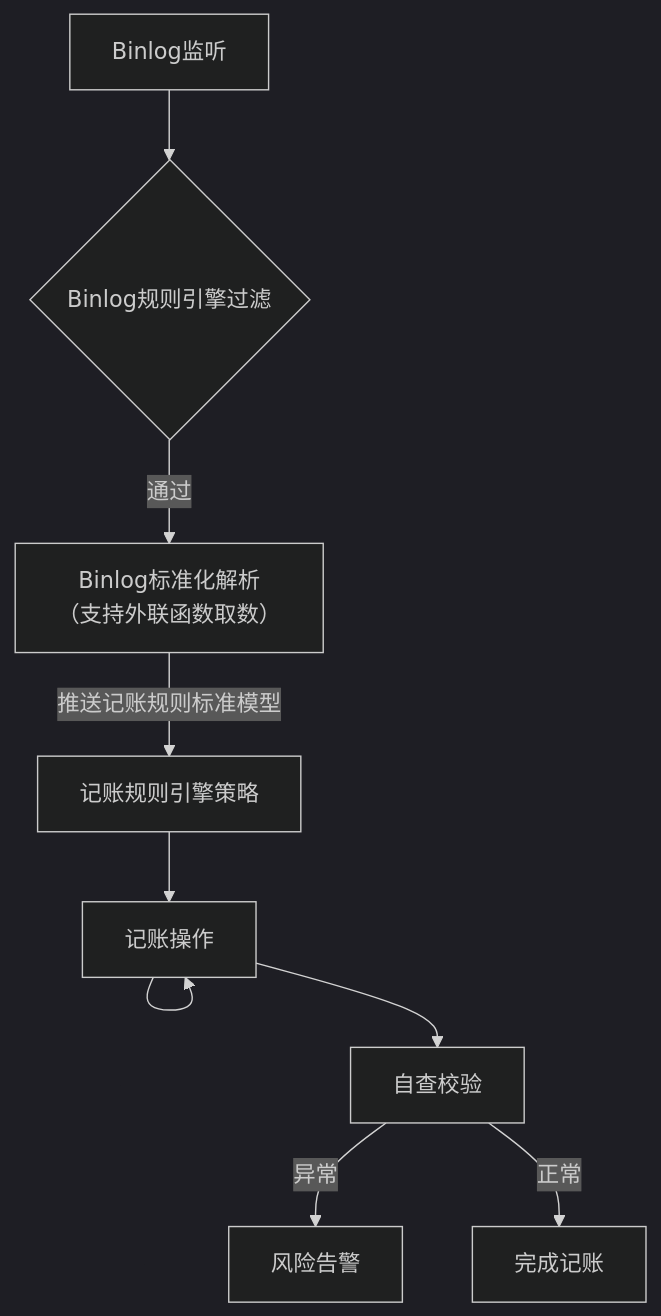
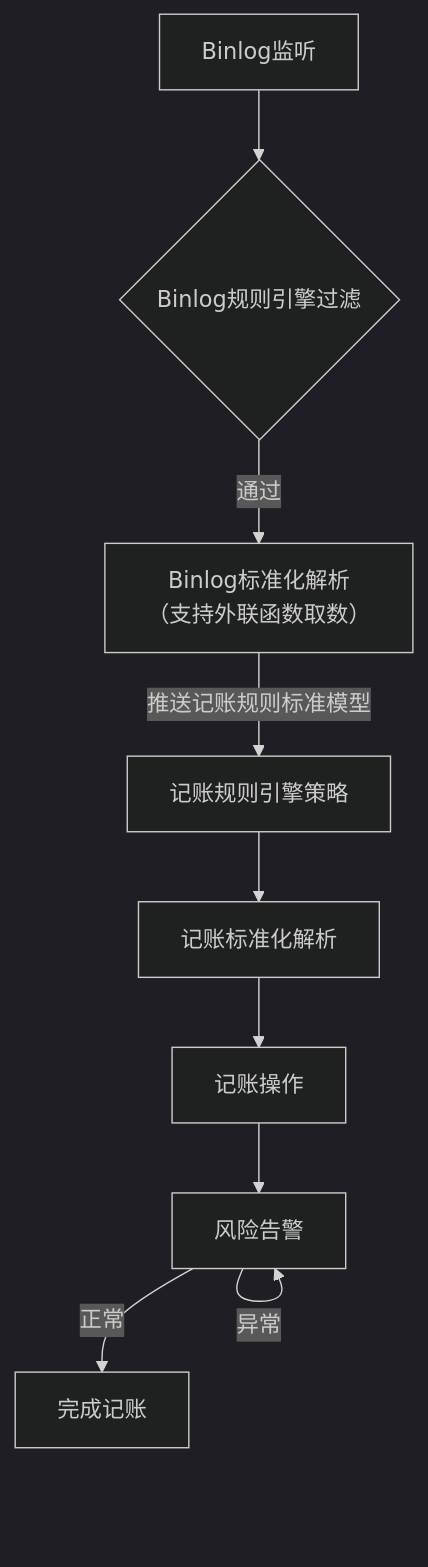
Before and after one commit to 87828943/iodraw-files: the diagram in all/架构流程.md, drawn with Mermaid (dark theme).

Commit message:
2025-07-07 11:26:55 update

````diff
--- a/all/架构流程.md
+++ b/all/架构流程.md
@@ -1,12 +1,12 @@
 ```mermaid
 graph TD
     A[Binlog监听] --> B{Binlog规则引擎过滤}
     B -->|通过| C[Binlog标准化解析
     （支持外联函数取数）]
     C --> |推送记账规则标准模型|D[记账规则引擎策略]
     D --> E[记账标准化解析]
-    E --> E[记账操作]
-    E --> F[自查校验]
-    F -->|异常| G[风险告警]
-    F -->|正常| H[完成记账]
+    E --> F[记账操作]
+    F --> G[自查校验]
+    G -->|异常| G[风险告警]
+     -->|正常| H[完成记账]
 ```
````
